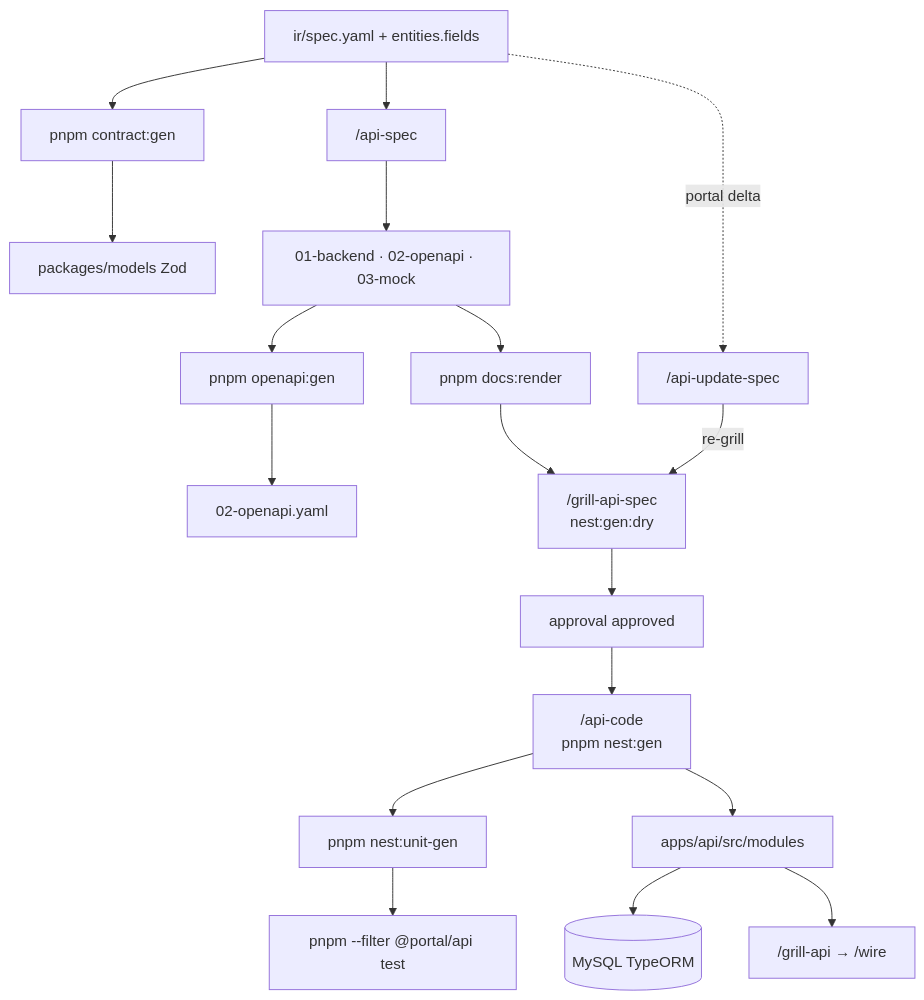
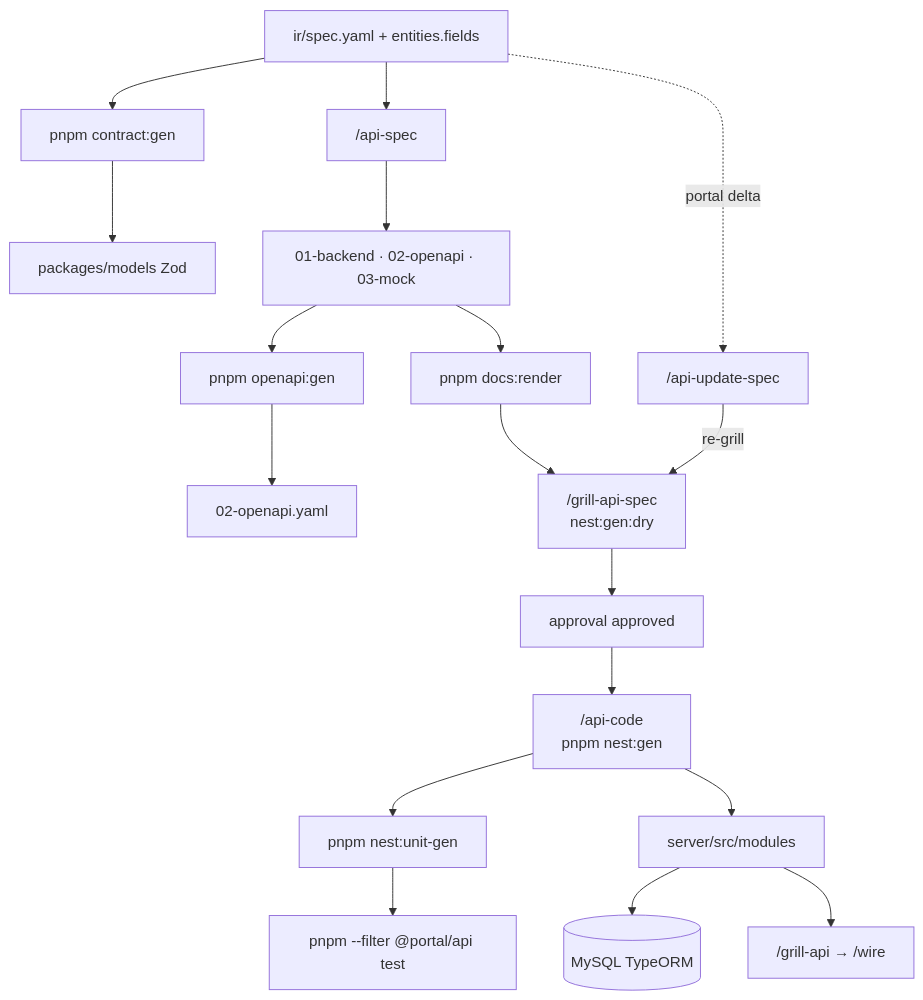
The diagram in docs/operational/TEAM-AI-BACKEND-WORKFLOW.md (raintr91/next_nest), drawn with Mermaid before and after one commit. The commit also changed other lines of this file and 233 other files, not shown here.

````diff
--- a/docs/operational/TEAM-AI-BACKEND-WORKFLOW.md
+++ b/docs/operational/TEAM-AI-BACKEND-WORKFLOW.md
@@ -12,21 +12,21 @@
 ```mermaid
 flowchart TD
   IN["ir/spec.yaml + entities.fields"] --> CG["pnpm contract:gen"]
   CG --> MODELS["packages/models Zod"]
   IN --> S1["/api-spec"]
   S1 --> O1["01-backend · 02-openapi · 03-mock"]
   O1 --> OG["pnpm openapi:gen"]
   OG --> O2["02-openapi.yaml"]
   O1 --> DR["pnpm docs:render"]
   DR --> GS["/grill-api-spec\nnest:gen:dry"]
   GS --> APR["approval approved"]
   APR --> C["/api-code\npnpm nest:gen"]
   C --> NUG["pnpm nest:unit-gen"]
-  C --> CODE["apps/api/src/modules"]
+  C --> CODE["server/src/modules"]
   NUG --> JEST["pnpm --filter @portal/api test"]
   CODE --> DB[("MySQL TypeORM")]
   CODE --> OUT["/grill-api → /wire"]
   US["/api-update-spec"]
   IN -.->|portal delta| US
   US -->|re-grill| GS
 ```
````
